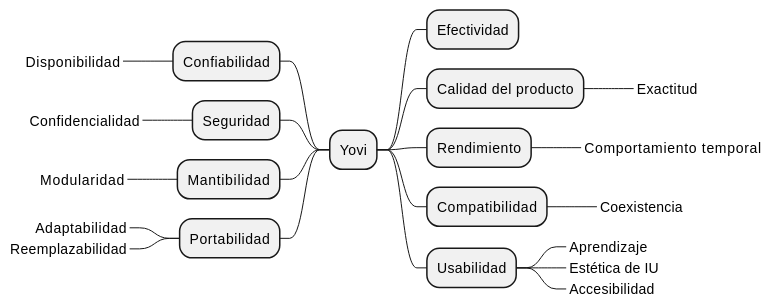
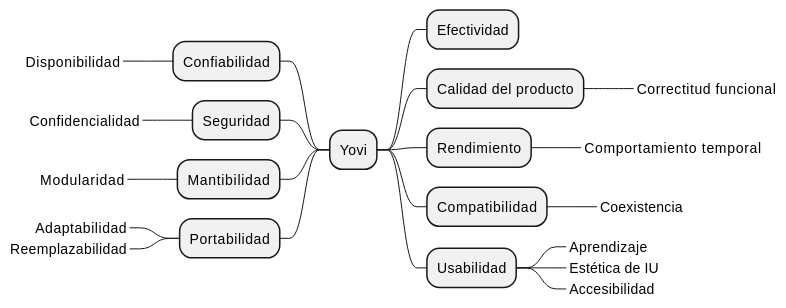
The diagram in docs/src/10_quality_requirements.adoc (Arquisoft/yovi_es5b), drawn with PlantUML before and after one commit. The commit also changed other lines of this file and 1 other file, not shown here.

Commit message:
arc42: revisar atributo Correctitud funcional

```diff
--- a/docs/src/10_quality_requirements.adoc
+++ b/docs/src/10_quality_requirements.adoc
@@ -52,26 +52,26 @@
 [plantuml,"arbol-calidad",png]
 ----
 @startmindmap
 + Yovi
 ++ Efectividad
 ++ Calidad del producto
-+++_ Exactitud
++++_ Correctitud funcional
 ++ Rendimiento
 +++_ Comportamiento temporal
 ++ Compatibilidad
 +++_ Coexistencia
 ++ Usabilidad
 +++_ Aprendizaje
 +++_ Estética de IU
 +++_ Accesibilidad
 -- Confiabilidad
 ---_ Disponibilidad
 -- Seguridad
 ---_ Confidencialidad
 -- Mantibilidad
 ---_ Modularidad
 -- Portabilidad
 ---_ Adaptabilidad
 ---_ Reemplazabilidad
 @endmindmap
 ----
```
